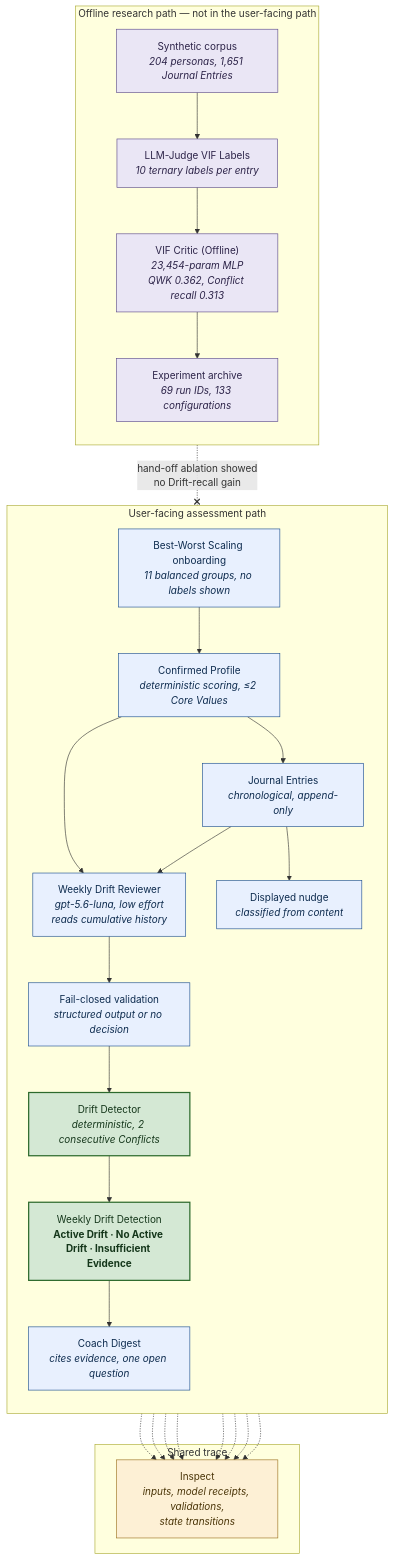
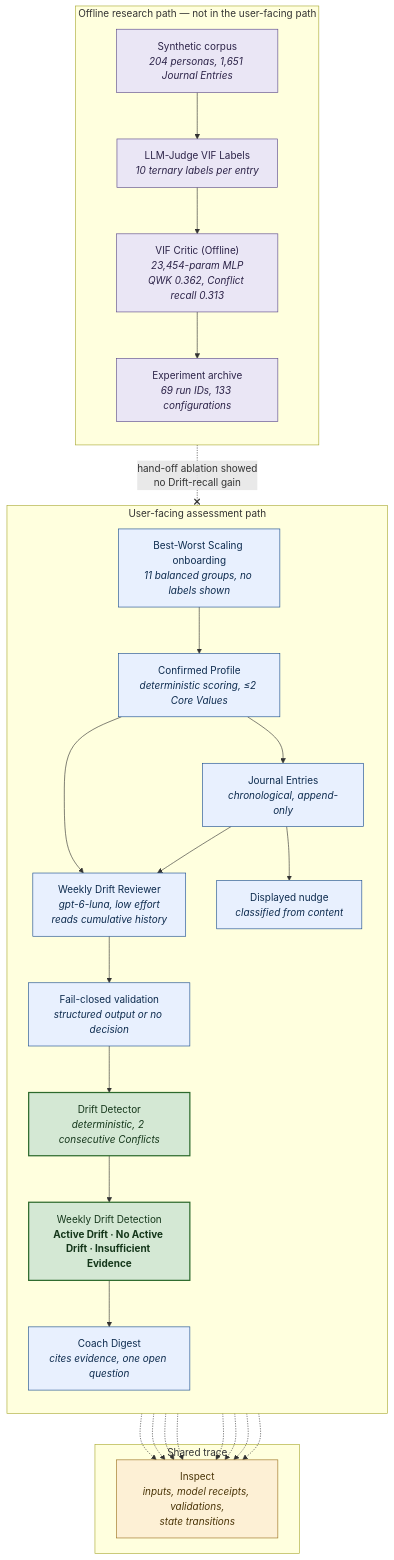
The first of 2 diagrams in docs/capstone_presentation/architecture_diagrams.md (DesmondChoy/twinkl), drawn with Mermaid before and after one commit. The commit also changed other lines of this file and 14 other files, not shown here.

````diff
--- a/docs/capstone_presentation/architecture_diagrams.md
+++ b/docs/capstone_presentation/architecture_diagrams.md
@@ -19,62 +20,62 @@
 ```mermaid
 flowchart TB
     subgraph USER[" User-facing assessment path "]
         direction TB
         BWS["Best-Worst Scaling onboarding<br/><i>11 balanced groups, no labels shown</i>"]
         PROF["Confirmed Profile<br/><i>deterministic scoring, ≤2 Core Values</i>"]
         JE["Journal Entries<br/><i>chronological, append-only</i>"]
         NUDGE["Displayed nudge<br/><i>classified from content</i>"]
-        WDR["Weekly Drift Reviewer<br/><i>gpt-5.6-luna, low effort</i><br/><i>reads cumulative history</i>"]
+        WDR["Weekly Drift Reviewer<br/><i>gpt-6-luna, low effort</i><br/><i>reads cumulative history</i>"]
         GUARD["Fail-closed validation<br/><i>structured output or no decision</i>"]
         DD["Drift Detector<br/><i>deterministic, 2 consecutive Conflicts</i>"]
         STATE["Weekly Drift Detection<br/><b>Active Drift · No Active Drift · Insufficient Evidence</b>"]
         COACH["Coach Digest<br/><i>cites evidence, one open question</i>"]
     end
 
     subgraph TRACE[" Shared trace "]
         INSPECT["Inspect<br/><i>inputs, model receipts, validations,<br/>state transitions</i>"]
     end
 
     subgraph RESEARCH[" Offline research path — not in the user-facing path "]
         direction TB
         CORPUS["Synthetic corpus<br/><i>204 personas, 1,651 Journal Entries</i>"]
         JUDGE["LLM-Judge VIF Labels<br/><i>10 ternary labels per entry</i>"]
         VIF["VIF Critic (Offline)<br/><i>23,454-param MLP</i><br/><i>QWK 0.362, Conflict recall 0.313</i>"]
         EVAL["Experiment archive<br/><i>69 run IDs, 133 configurations</i>"]
     end
 
     BWS --> PROF
     PROF --> JE
     PROF --> WDR
     JE --> WDR
     JE --> NUDGE
     WDR --> GUARD
     GUARD --> DD
     DD --> STATE
     STATE --> COACH
 
     BWS -.-> INSPECT
     PROF -.-> INSPECT
     JE -.-> INSPECT
     NUDGE -.-> INSPECT
     WDR -.-> INSPECT
     GUARD -.-> INSPECT
     DD -.-> INSPECT
     COACH -.-> INSPECT
 
     CORPUS --> JUDGE
     JUDGE --> VIF
     VIF --> EVAL
 
     VIF -. "hand-off ablation showed<br/>no Drift-recall gain" .-x WDR
 
     classDef userPath fill:#e8f0fe,stroke:#1a4d8f,stroke-width:1px,color:#0d2b4e
     classDef decision fill:#d4e8d4,stroke:#2d6a2d,stroke-width:2px,color:#14361a
     classDef researchPath fill:#eae6f5,stroke:#5b4a8a,stroke-width:1px,color:#2c2348
     classDef traceNode fill:#fdf0d5,stroke:#9a6f1e,stroke-width:1px,color:#4a3508
 
     class BWS,PROF,JE,NUDGE,WDR,GUARD,COACH userPath
     class DD,STATE decision
     class CORPUS,JUDGE,VIF,EVAL researchPath
     class INSPECT traceNode
 ```
````
